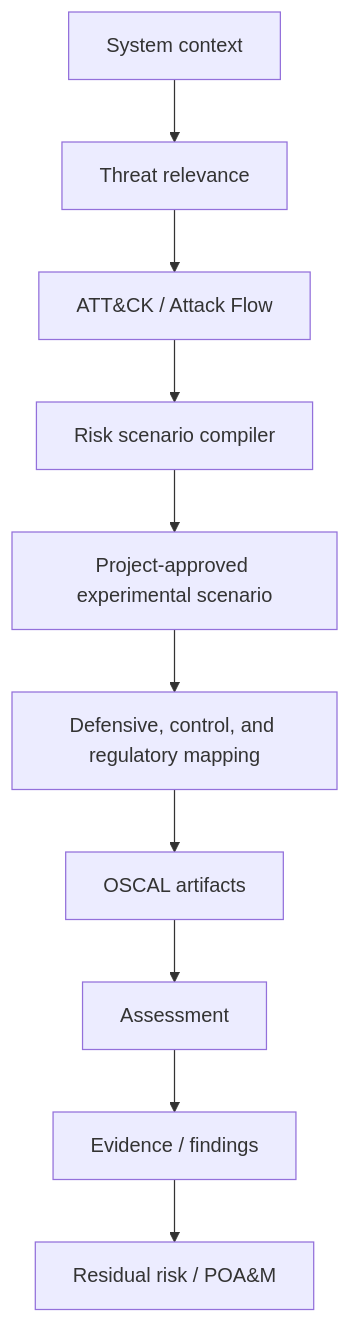
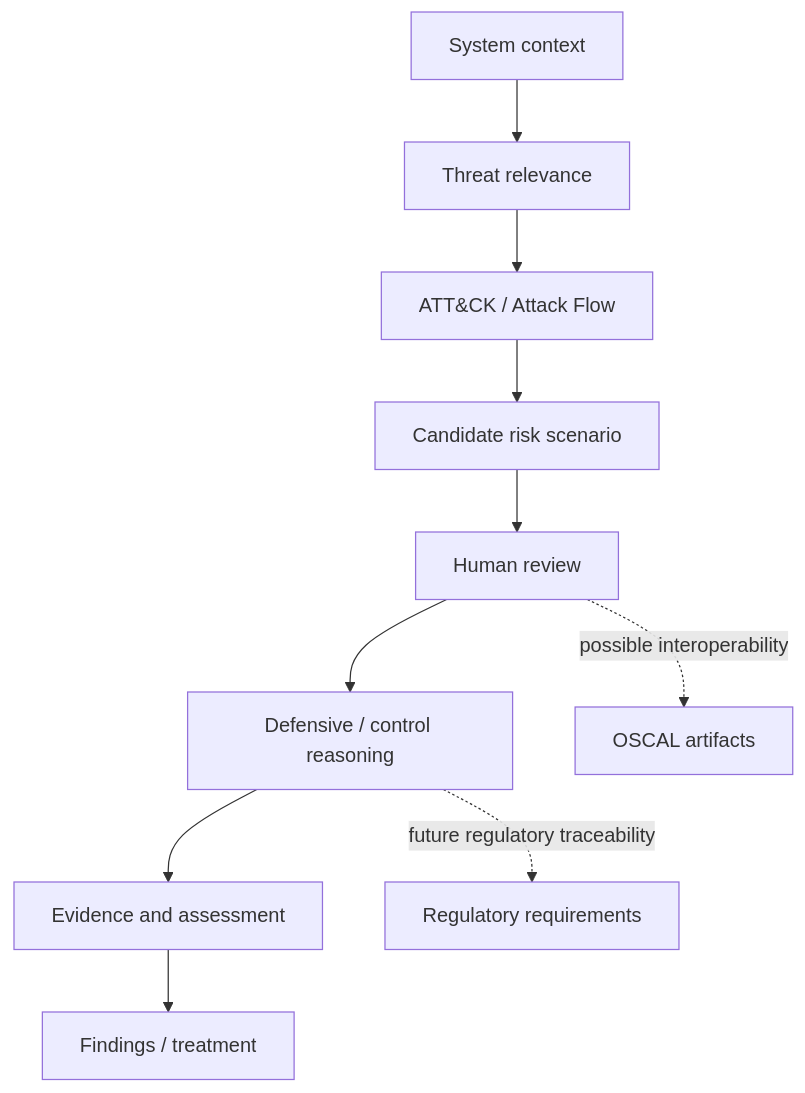
Before and after one commit to 0xmichail/ToBeDecidedLater: the diagram in README.md, drawn with Mermaid. The commit also changed other lines of this file and 7 other files, not shown here.

````diff
--- a/README.md
+++ b/README.md
@@ -70,13 +86,14 @@
 ```mermaid
 flowchart TD
     A[System context] --> B[Threat relevance]
     B --> C[ATT&CK / Attack Flow]
-    C --> D[Risk scenario compiler]
-    D --> E[Project-approved experimental scenario]
+    C --> D[Candidate risk scenario]
+    D --> E[Human review]
 
-    E --> F[Defensive, control, and regulatory mapping]
-    F --> G[OSCAL artifacts]
-    G --> H[Assessment]
-    H --> I[Evidence / findings]
-    I --> J[Residual risk / POA&M]
+    E --> F[Defensive / control reasoning]
+    F --> G[Evidence and assessment]
+    G --> H[Findings / treatment]
+
+    E -. possible interoperability .-> I[OSCAL artifacts]
+    F -. future regulatory traceability .-> J[Regulatory requirements]
 ```
````
